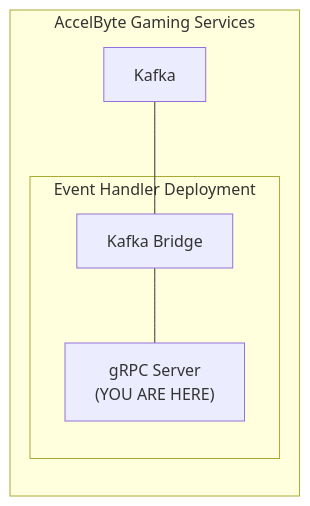
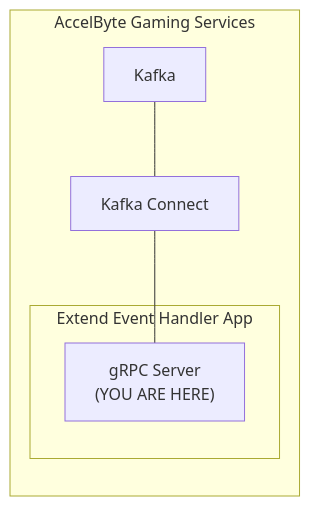
One commit to AccelByte/extend-event-handler-python changed the diagram in README.md. Above: the diagram before and after it, drawn with Mermaid. The commit also changed other lines of this file, not shown here.

````diff
--- a/README.md
+++ b/README.md
@@ -3,13 +3,13 @@
 ```mermaid
 flowchart LR
    subgraph AccelByte Gaming Services
    KF[Kafka]
-   subgraph Event Handler Deployment
-   KB[Kafka Bridge]   
+   KB[Kafka Connect]  
+   subgraph Extend Event Handler App
+
    SV["gRPC Server\n(YOU ARE HERE)"]   
    end   
    KB --- SV
    KF --- KB
    end   
-   
 ```
````
